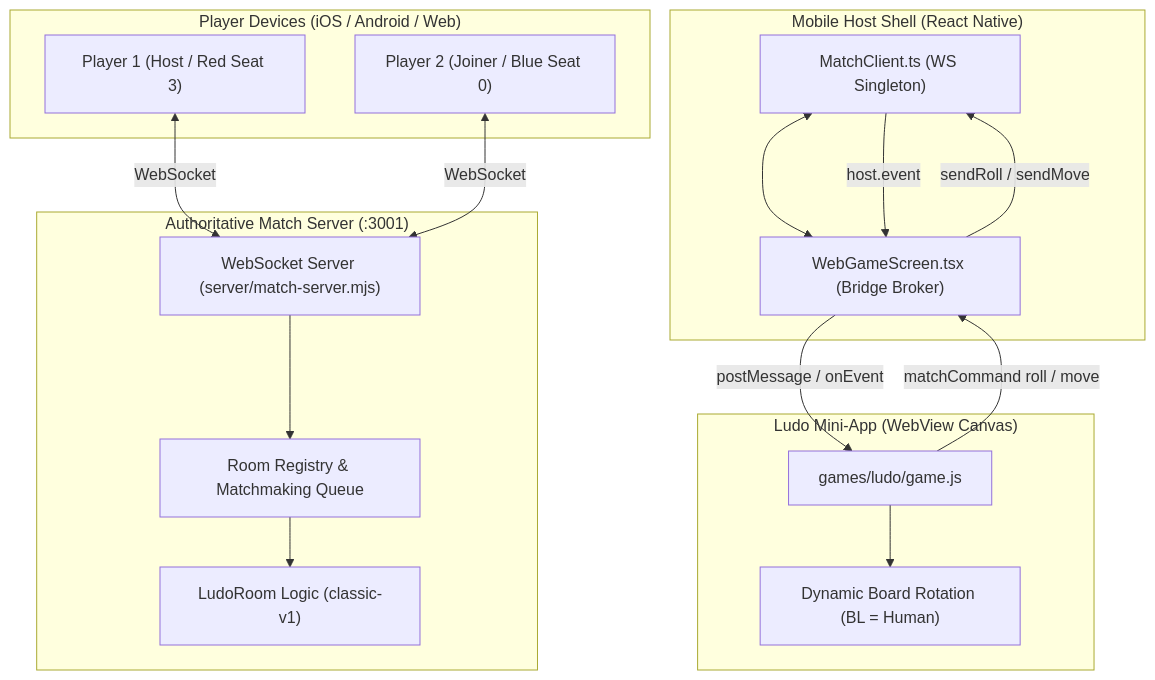
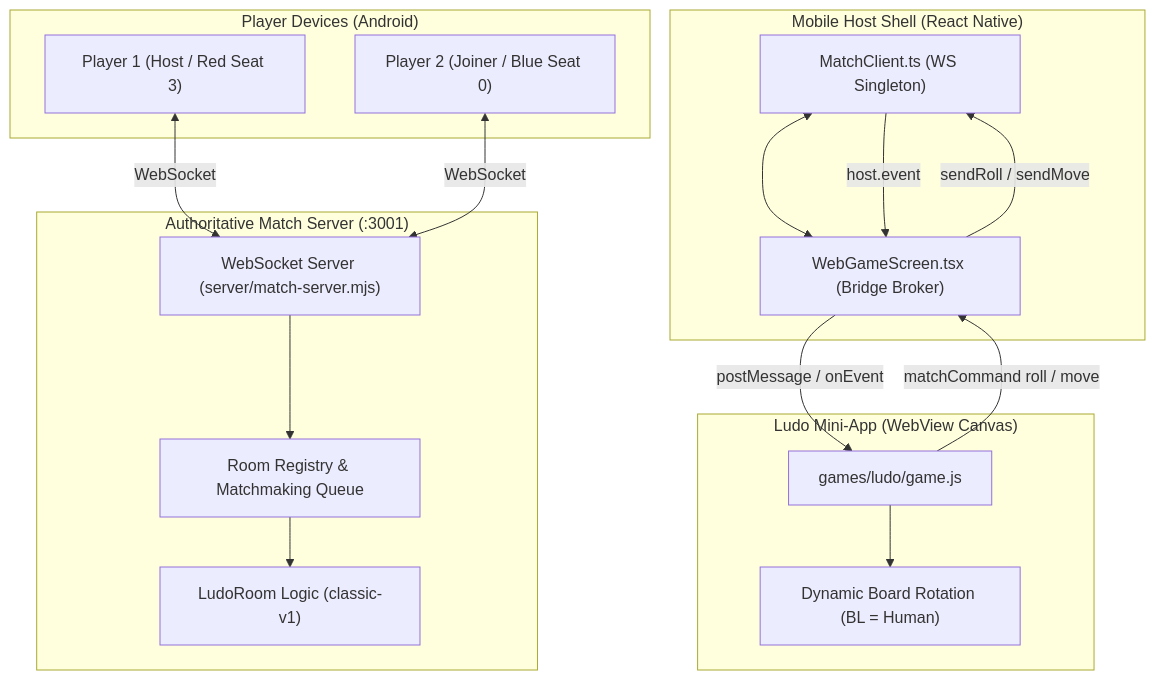
Before and after one commit to 13x54n/aura: the diagram in docs/LUDO_MULTIPLAYER_GUIDE.md, drawn with Mermaid. The commit also changed other lines of this file and 4 other files, not shown here.

````diff
--- a/docs/LUDO_MULTIPLAYER_GUIDE.md
+++ b/docs/LUDO_MULTIPLAYER_GUIDE.md
@@ -14,33 +14,33 @@
 ```mermaid
 flowchart TD
-    subgraph Players["Player Devices (iOS / Android / Web)"]
+    subgraph Players["Player Devices (Android)"]
         P1["Player 1 (Host / Red Seat 3)"]
         P2["Player 2 (Joiner / Blue Seat 0)"]
     end
 
     subgraph Server["Authoritative Match Server (:3001)"]
         WS["WebSocket Server (server/match-server.mjs)"]
         ROOMS["Room Registry & Matchmaking Queue"]
         RULES["LudoRoom Logic (classic-v1)"]
         WS --> ROOMS --> RULES
     end
 
     subgraph NativeHost["Mobile Host Shell (React Native)"]
         MC["MatchClient.ts (WS Singleton)"]
         WG["WebGameScreen.tsx (Bridge Broker)"]
         MC <--> WG
     end
 
     subgraph MiniApp["Ludo Mini-App (WebView Canvas)"]
         GAME["games/ludo/game.js"]
         ROT["Dynamic Board Rotation (BL = Human)"]
         GAME --> ROT
     end
 
     P1 <-->|WebSocket| WS
     P2 <-->|WebSocket| WS
     MC -->|host.event| WG
     WG -->|postMessage / onEvent| GAME
     GAME -->|matchCommand roll / move| WG
     WG -->|sendRoll / sendMove| MC
 ```
````
